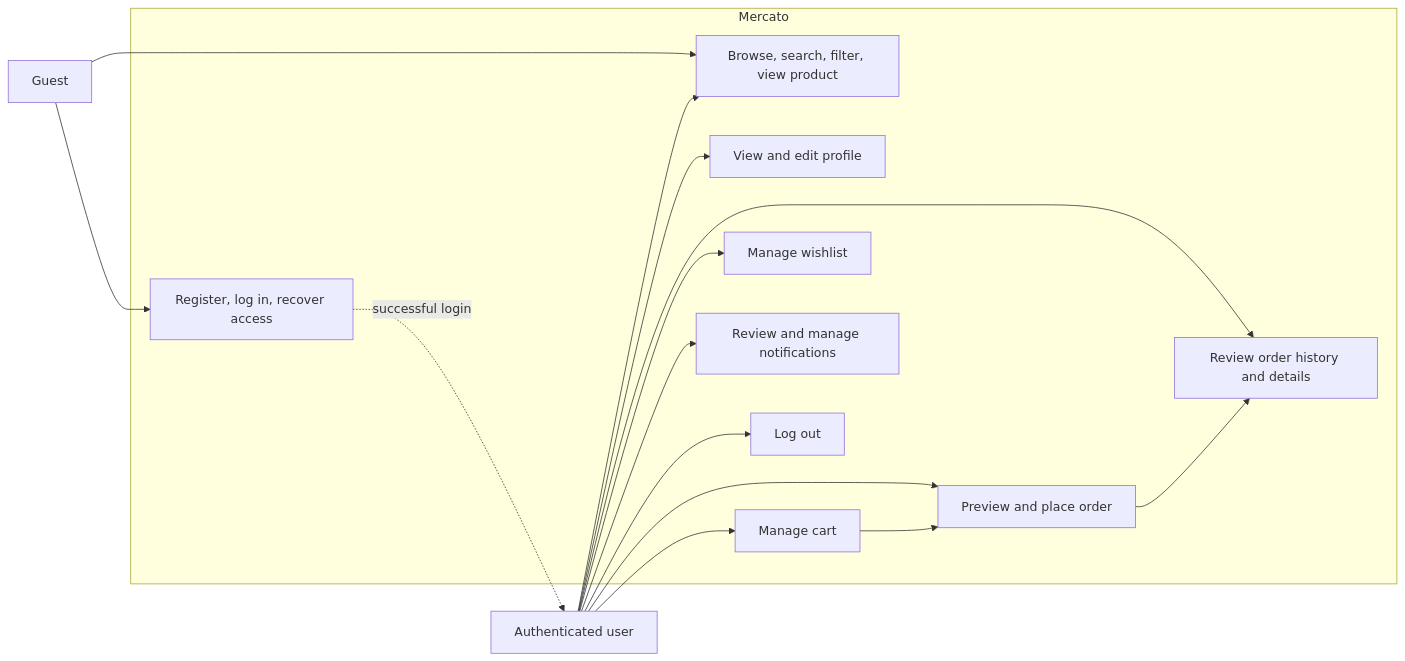
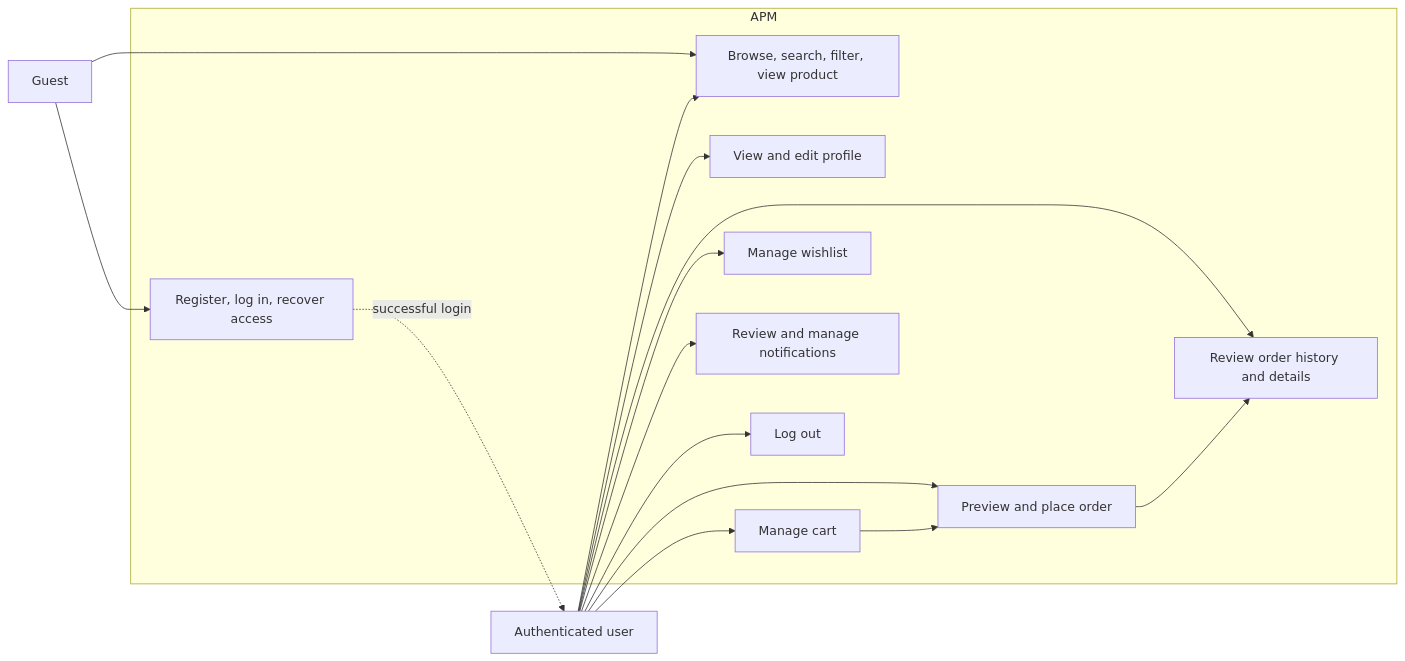
One commit to Nornsochetra/e-commerce-app changed the first of 2 diagrams in docs/usecase.md. Above: the diagram before and after it, drawn with Mermaid. The commit also changed 73 other files, not shown here.

````diff
--- a/docs/usecase.md
+++ b/docs/usecase.md
@@ -19,31 +19,31 @@
 ```mermaid
 flowchart LR
     G[Guest]
     U[Authenticated user]
 
-    subgraph Mercato
+    subgraph APM
         AUTH[Register, log in, recover access]
         CAT[Browse, search, filter, view product]
         PROFILE[View and edit profile]
         CART[Manage cart]
         WISH[Manage wishlist]
         CHECKOUT[Preview and place order]
         ORDERS[Review order history and details]
         NOTIFY[Review and manage notifications]
         LOGOUT[Log out]
     end
 
     G --> AUTH
     G --> CAT
     U --> CAT
     U --> PROFILE
     U --> CART
     U --> WISH
     U --> CHECKOUT
     U --> ORDERS
     U --> NOTIFY
     U --> LOGOUT
     AUTH -. successful login .-> U
     CART --> CHECKOUT
     CHECKOUT --> ORDERS
 ```
````
